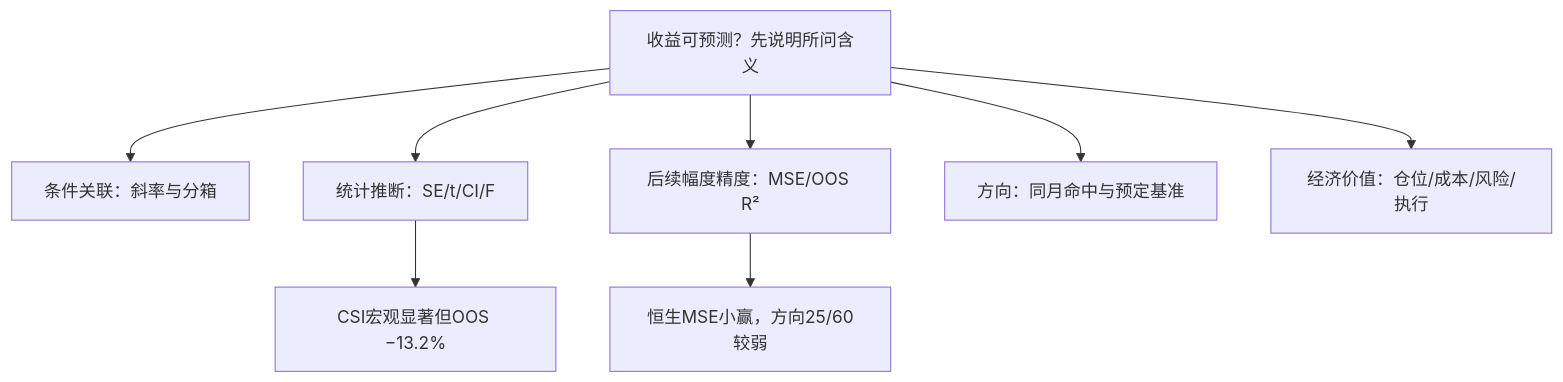
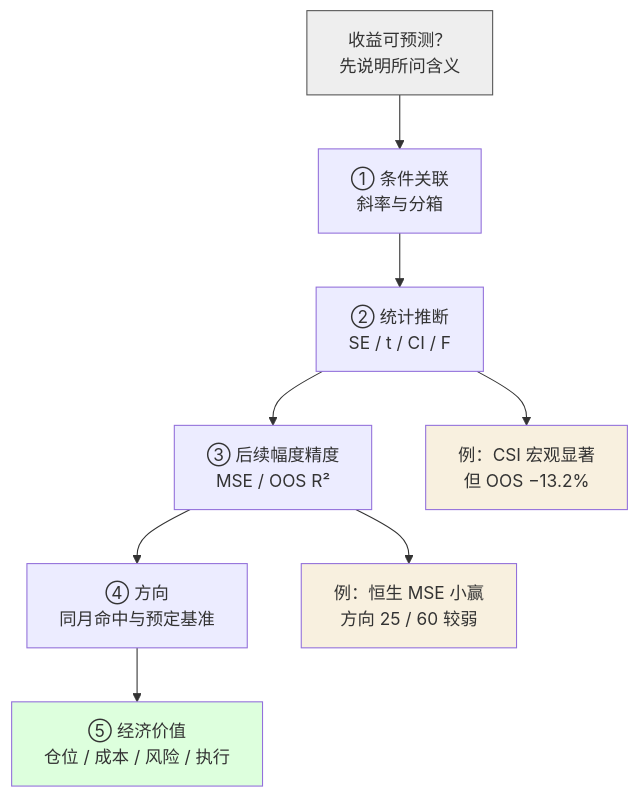
Before and after one commit to CercaTrovato/cityu-ai-course-notes: the fourth of 5 diagrams in EF5560_Fintech_and_AI_in_Finance/notes/M02-回归与样本外设计.md, drawn with Mermaid. The commit also changed other lines of this file and 224 other files, not shown here.

First line of the commit message:
完善五门课图文可读性并更新仓库首页

````diff
--- a/EF5560_Fintech_and_AI_in_Finance/notes/M02-回归与样本外设计.md
+++ b/EF5560_Fintech_and_AI_in_Finance/notes/M02-回归与样本外设计.md
@@ -1345,10 +1897,23 @@
 ```mermaid
-flowchart TD
- A["收益可预测？先说明所问含义"] --> B["条件关联：斜率与分箱"]
- A --> C["统计推断：SE/t/CI/F"]
- A --> D["后续幅度精度：MSE/OOS R²"]
- A --> E["方向：同月命中与预定基准"]
- A --> F["经济价值：仓位/成本/风险/执行"]
- C --> G["CSI宏观显著但OOS −13.2%"]
- D --> H["恒生MSE小赢，方向25/60较弱"]
+flowchart TB
+ A["收益可预测？
+先说明所问含义"]
+ A --> B["① 条件关联
+斜率与分箱"]
+ B --> C["② 统计推断
+SE / t / CI / F"]
+ C --> D["③ 后续幅度精度
+MSE / OOS R²"]
+ D --> E["④ 方向
+同月命中与预定基准"]
+ E --> F["⑤ 经济价值
+仓位 / 成本 / 风险 / 执行"]
+ C --> G["例：CSI 宏观显著
+但 OOS −13.2%"]
+ D --> H["例：恒生 MSE 小赢
+方向 25 / 60 较弱"]
+ style A fill:#eee,stroke:#555
+ style F fill:#dfd
+ style G fill:#f8f0df
+ style H fill:#f8f0df
 ```
````
